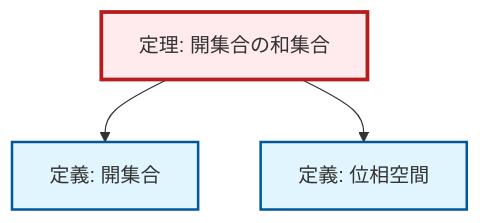
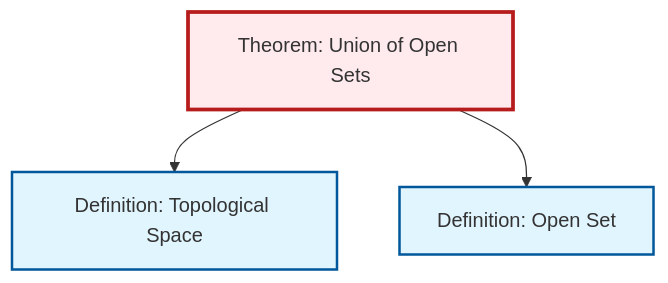
The diagram in content/ja/topology/thm-union-open-sets.qmd (RK0429/ModernMath), drawn with Mermaid before and after one commit. The commit also changed 203 other files, not shown here.

````diff
--- a/content/ja/topology/thm-union-open-sets.qmd
+++ b/content/ja/topology/thm-union-open-sets.qmd
@@ -61,18 +61,15 @@
 ```{mermaid}
-%%| fig-cap: "局所依存グラフ"
+%%| fig-cap: "Local dependency graph"
 graph TD
     classDef definition fill:#e1f5fe,stroke:#01579b,stroke-width:2px
     classDef theorem fill:#f3e5f5,stroke:#4a148c,stroke-width:2px
     classDef axiom fill:#fff3e0,stroke:#e65100,stroke-width:2px
     classDef example fill:#e8f5e9,stroke:#1b5e20,stroke-width:2px
     classDef current fill:#ffebee,stroke:#b71c1c,stroke-width:3px
-    def-open-set["定義: 開集合"]:::definition
-    def-topological-space["定義: 位相空間"]:::definition
-    thm-union-open-sets["定理: 開集合の和集合"]:::theorem
+    def-open-set["Definition: Open Set"]:::definition
+    thm-union-open-sets["Theorem: Union of Open Sets"]:::theorem
+    def-topological-space["Definition: Topological Space"]:::definition
+    thm-union-open-sets --> def-topological-space
     thm-union-open-sets --> def-open-set
-    thm-union-open-sets --> def-topological-space
     class thm-union-open-sets current
-
-    click def-open-set "def-open-set.html" "Go to 定義: 開集合"
-    click def-topological-space "def-topological-space.html" "Go to 定義: 位相空間"
 ```
````
